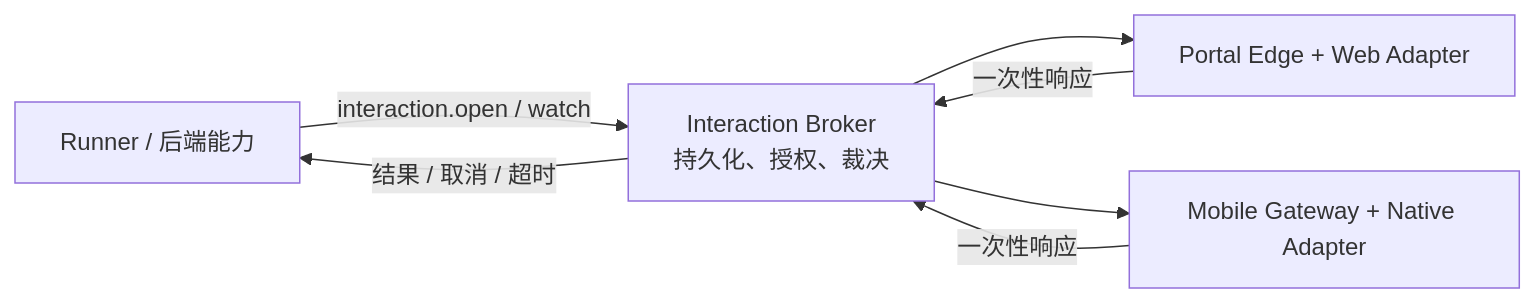
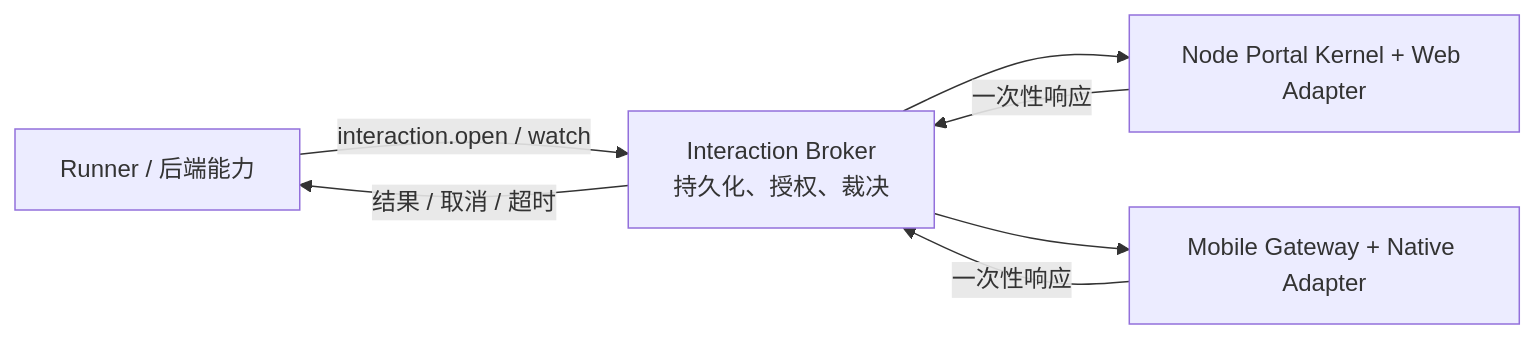
One commit to yandt/VastPlan changed the diagram in docs/dev/architecture/跨端体验与交互契约.md. Above: the diagram before and after it, drawn with Mermaid. The commit also changed other lines of this file and 89 other files, not shown here.

Commit message:
refactor(portal): retire go edge entrypoint

````diff
--- a/docs/dev/architecture/跨端体验与交互契约.md
+++ b/docs/dev/architecture/跨端体验与交互契约.md
@@ -20,9 +20,9 @@
 ```mermaid
 flowchart LR
   R["Runner / 后端能力"] -->|"interaction.open / watch"| B["Interaction Broker\n持久化、授权、裁决"]
-  B --> P["Portal Edge + Web Adapter"]
+  B --> P["Node Portal Kernel + Web Adapter"]
   B --> M["Mobile Gateway + Native Adapter"]
   P -->|"一次性响应"| B
   M -->|"一次性响应"| B
   B -->|"结果 / 取消 / 超时"| R
 ```
````
